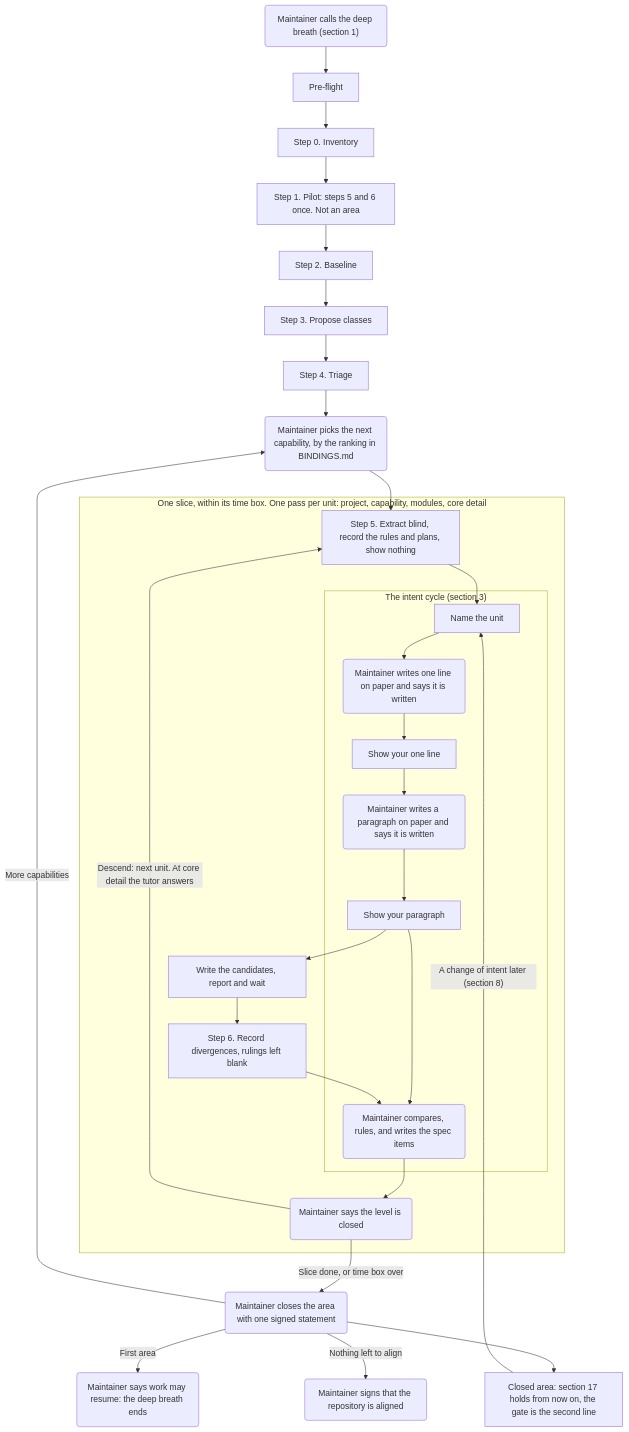
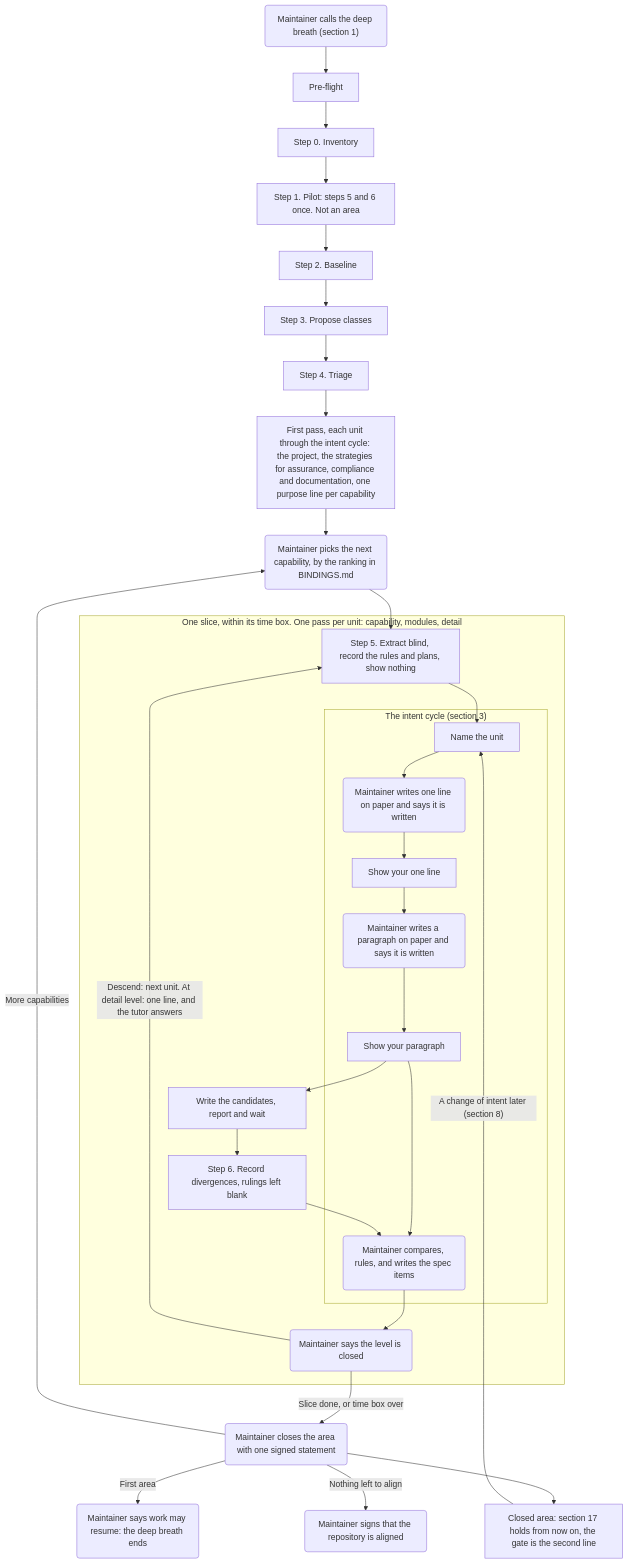
Before and after one commit to Mumunu-team/kowloon: the diagram in method/process.md, drawn with Mermaid. The commit also changed other lines of this file and 7 other files, not shown here.

````diff
--- a/method/process.md
+++ b/method/process.md
@@ -11,33 +11,34 @@
 ```mermaid
 flowchart TD
     breath("Maintainer calls the deep breath (section 1)") --> pre["Pre-flight"]
     pre --> s0["Step 0. Inventory"]
     s0 --> s1["Step 1. Pilot: steps 5 and 6 once. Not an area"]
     s1 --> s2["Step 2. Baseline"]
     s2 --> s3["Step 3. Propose classes"]
     s3 --> s4["Step 4. Triage"]
-    s4 --> pick("Maintainer picks the next capability, by the ranking in BINDINGS.md")
-    subgraph slice["One slice, within its time box. One pass per unit: project, capability, modules, core detail"]
+    s4 --> first["First pass, each unit through the intent cycle: the project, the strategies for assurance, compliance and documentation, one purpose line per capability"]
+    first --> pick("Maintainer picks the next capability, by the ranking in BINDINGS.md")
+    subgraph slice["One slice, within its time box. One pass per unit: capability, modules, detail"]
         extract["Step 5. Extract blind, record the rules and plans, show nothing"]
         subgraph cycle["The intent cycle (section 3)"]
             name["Name the unit"] --> line("Maintainer writes one line on paper and says it is written")
             line --> showline["Show your one line"]
             showline --> para("Maintainer writes a paragraph on paper and says it is written")
             para --> showpara["Show your paragraph"]
             showpara --> spec("Maintainer compares, rules, and writes the spec items")
         end
         extract --> name
         showpara --> cands["Write the candidates, report and wait"]
         cands --> s6["Step 6. Record divergences, rulings left blank"]
         s6 --> spec
         spec --> closed("Maintainer says the level is closed")
-        closed -->|"Descend: next unit. At core detail the tutor answers"| extract
+        closed -->|"Descend: next unit. At detail level: one line, and the tutor answers"| extract
     end
     pick --> extract
     closed -->|"Slice done, or time box over"| close("Maintainer closes the area with one signed statement")
     close -->|"First area"| resume("Maintainer says work may resume: the deep breath ends")
     close -->|"More capabilities"| pick
     close -->|"Nothing left to align"| done("Maintainer signs that the repository is aligned")
     close --> after["Closed area: section 17 holds from now on, the gate is the second line"]
     after -->|"A change of intent later (section 8)"| name
 ```
````
